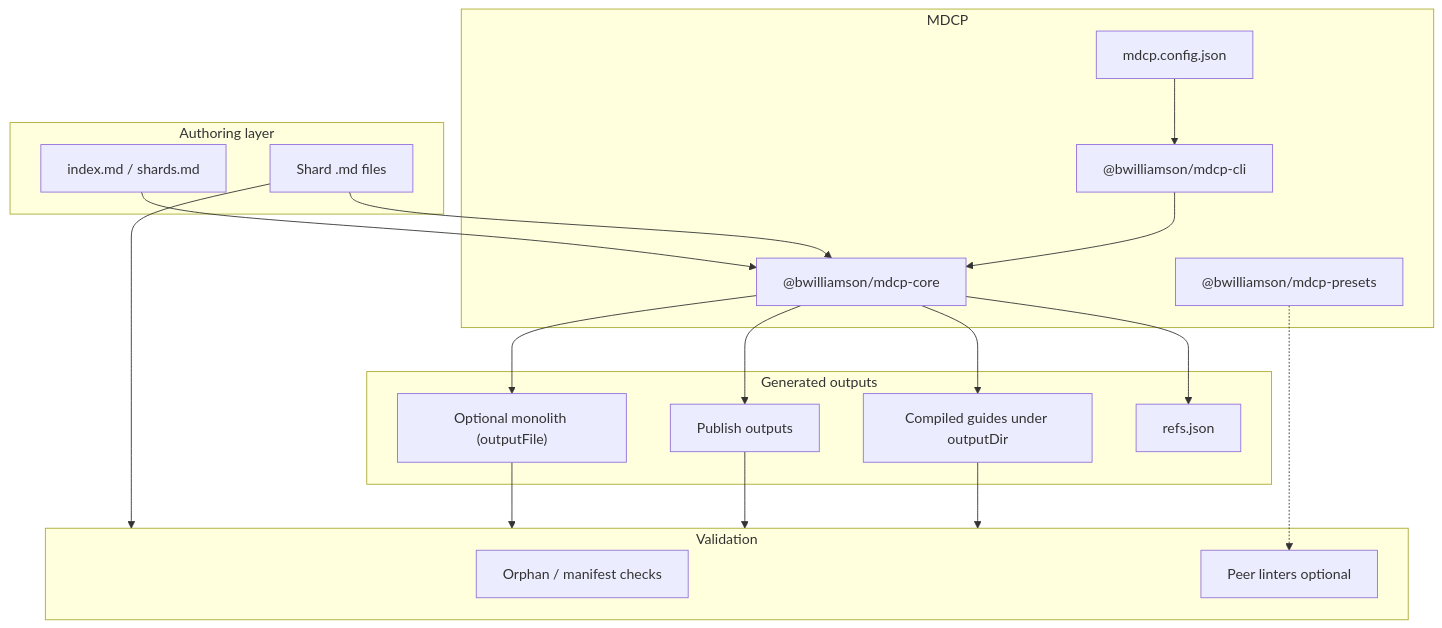
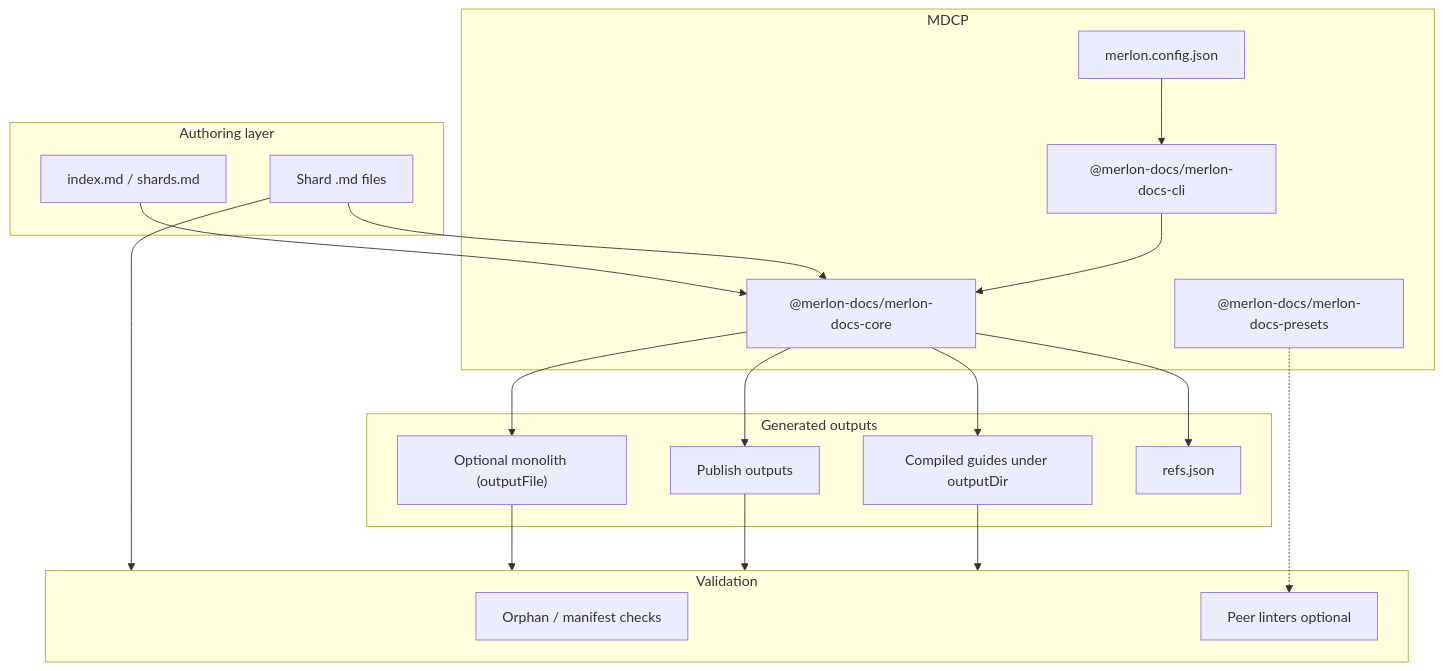
Before and after one commit to Merlon-Docs/merlon: the diagram in docs/features/overview.md, drawn with Mermaid. The commit also changed other lines of this file and 769 other files, not shown here.

````diff
--- a/docs/features/overview.md
+++ b/docs/features/overview.md
@@ -35,40 +35,40 @@
 ```mermaid
 flowchart TB
   subgraph author["Authoring layer"]
     shards["Shard .md files"]
     index["index.md / shards.md"]
   end
 
   subgraph mdcp["MDCP"]
-    cli["@bwilliamson/mdcp-cli"]
-    core["@bwilliamson/mdcp-core"]
-    presets["@bwilliamson/mdcp-presets"]
-    config["mdcp.config.json"]
+    cli["@merlon-docs/merlon-docs-cli"]
+    core["@merlon-docs/merlon-docs-core"]
+    presets["@merlon-docs/merlon-docs-presets"]
+    config["merlon.config.json"]
   end
 
   subgraph outputs["Generated outputs"]
     compiled["Compiled guides under outputDir"]
     publish["Publish outputs"]
     monolith["Optional monolith (outputFile)"]
     refs["refs.json"]
   end
 
   subgraph validate["Validation"]
     orphans["Orphan / manifest checks"]
     peers["Peer linters optional"]
   end
 
   config --> cli
   cli --> core
   presets -.-> peers
   shards --> core
   index --> core
   core --> compiled
   core --> publish
   core --> monolith
   core --> refs
   compiled --> validate
   publish --> validate
   monolith --> validate
   shards --> validate
 ```
````
